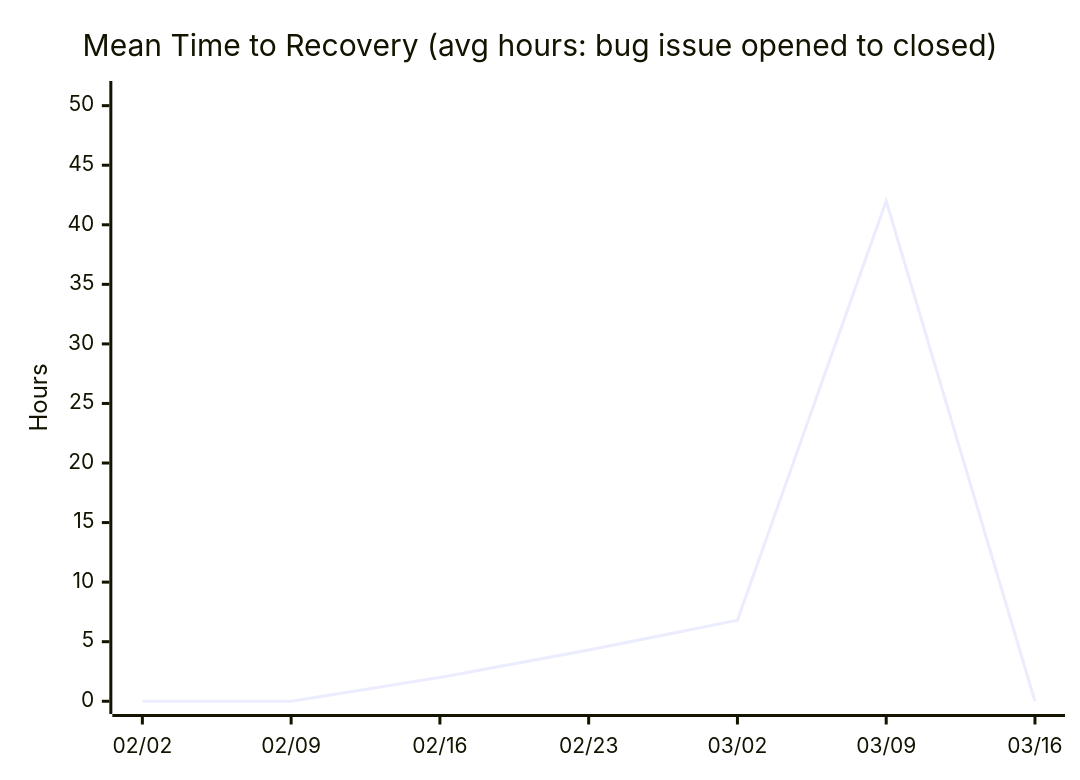
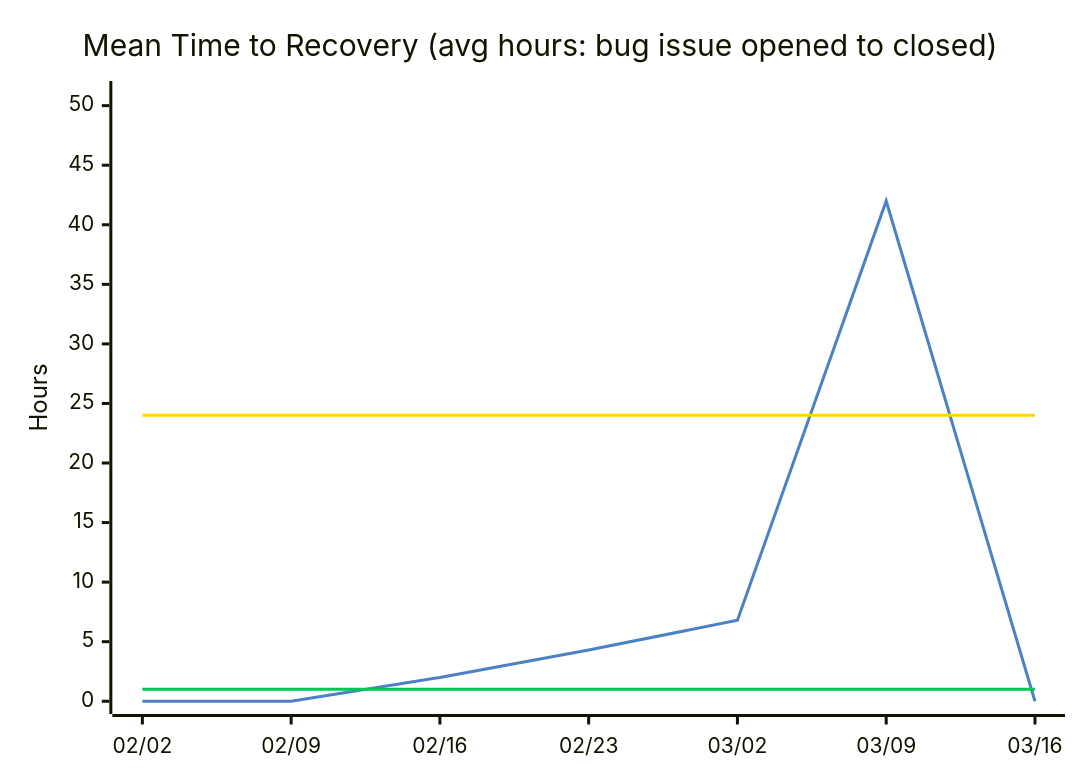
Before and after one commit to nablarch/nabledge-dev: the fourth of 11 diagrams in docs/metrics.md, drawn with Mermaid. The commit also changed other lines of this file and 1 other file, not shown here.

Commit message:
experiment: add threshold lines to all DORA charts with legend

````diff
--- a/docs/metrics.md
+++ b/docs/metrics.md
@@ -72,7 +76,10 @@
 ```mermaid
+%%{init: {'theme': 'base', 'themeVariables': {'xyChart': {'plotColorPalette': '#4C82C3,#00C853,#FFD600'}}}}%%
 xychart-beta
   title "Mean Time to Recovery (avg hours: bug issue opened to closed)"
   x-axis ["02/02", "02/09", "02/16", "02/23", "03/02", "03/09", "03/16"]
   y-axis "Hours" 0 --> 51
   line [0, 0, 2, 4.3, 6.8, 42, 0]
+  line [1, 1, 1, 1, 1, 1, 1]
+  line [24, 24, 24, 24, 24, 24, 24]
 ```
````
